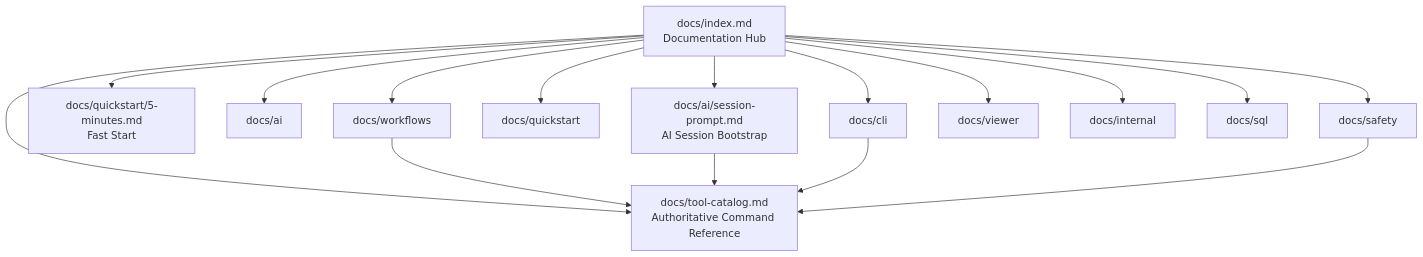
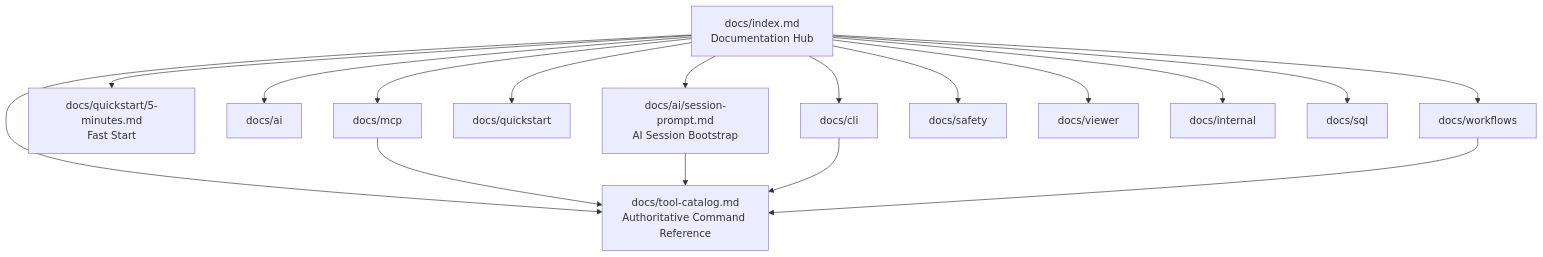
One commit to gzeuner/zeus-rpg-promptkit changed the diagram in docs/index.md. Above: the diagram before and after it, drawn with Mermaid. The commit also changed other lines of this file and 15 other files, not shown here.

````diff
--- a/docs/index.md
+++ b/docs/index.md
@@ -45,20 +47,21 @@
 ```mermaid
 flowchart TD
     A[docs/index.md\nDocumentation Hub] --> B[docs/tool-catalog.md\nAuthoritative Command Reference]
     A --> C[docs/ai/session-prompt.md\nAI Session Bootstrap]
     A --> D[docs/quickstart/5-minutes.md\nFast Start]
 
     A --> E[docs/ai]
     A --> F[docs/cli]
     A --> G[docs/quickstart]
-    A --> H[docs/workflows]
-    A --> I[docs/safety]
-    A --> J[docs/viewer]
-    A --> K[docs/internal]
-    A --> L[docs/sql]
+    A --> H[docs/mcp]
+    A --> I[docs/workflows]
+    A --> J[docs/safety]
+    A --> K[docs/viewer]
+    A --> L[docs/internal]
+    A --> M[docs/sql]
 
     H --> B
     C --> B
     F --> B
     I --> B
 ```
````
